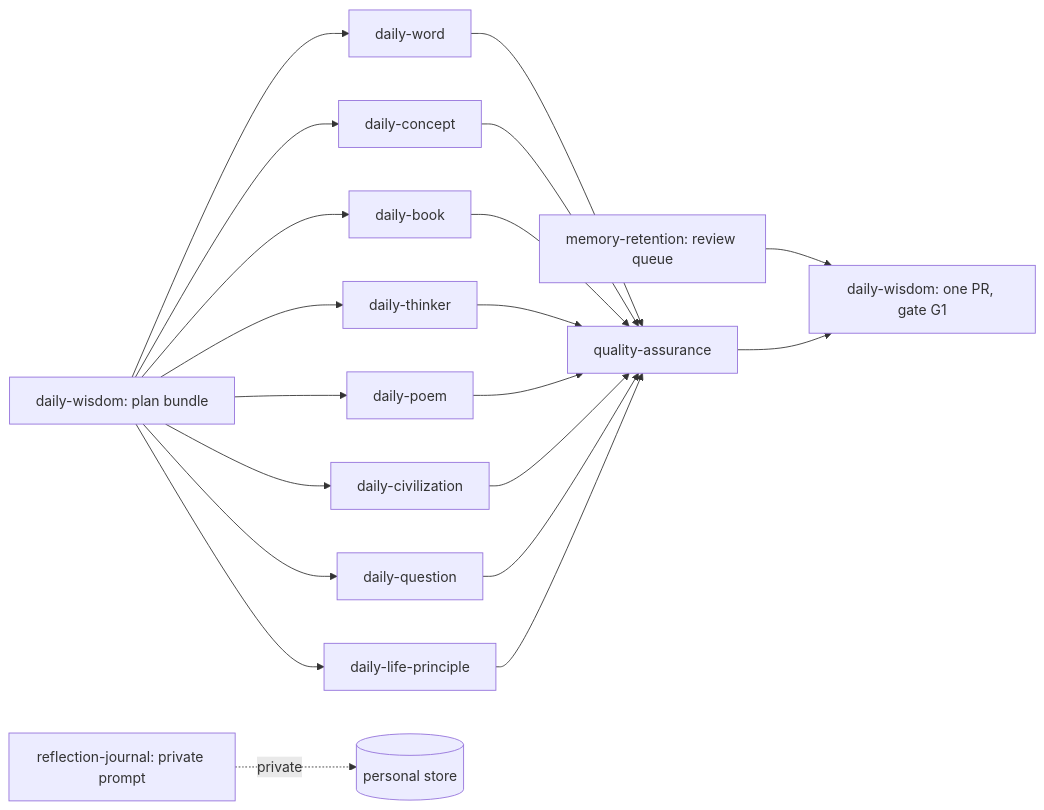
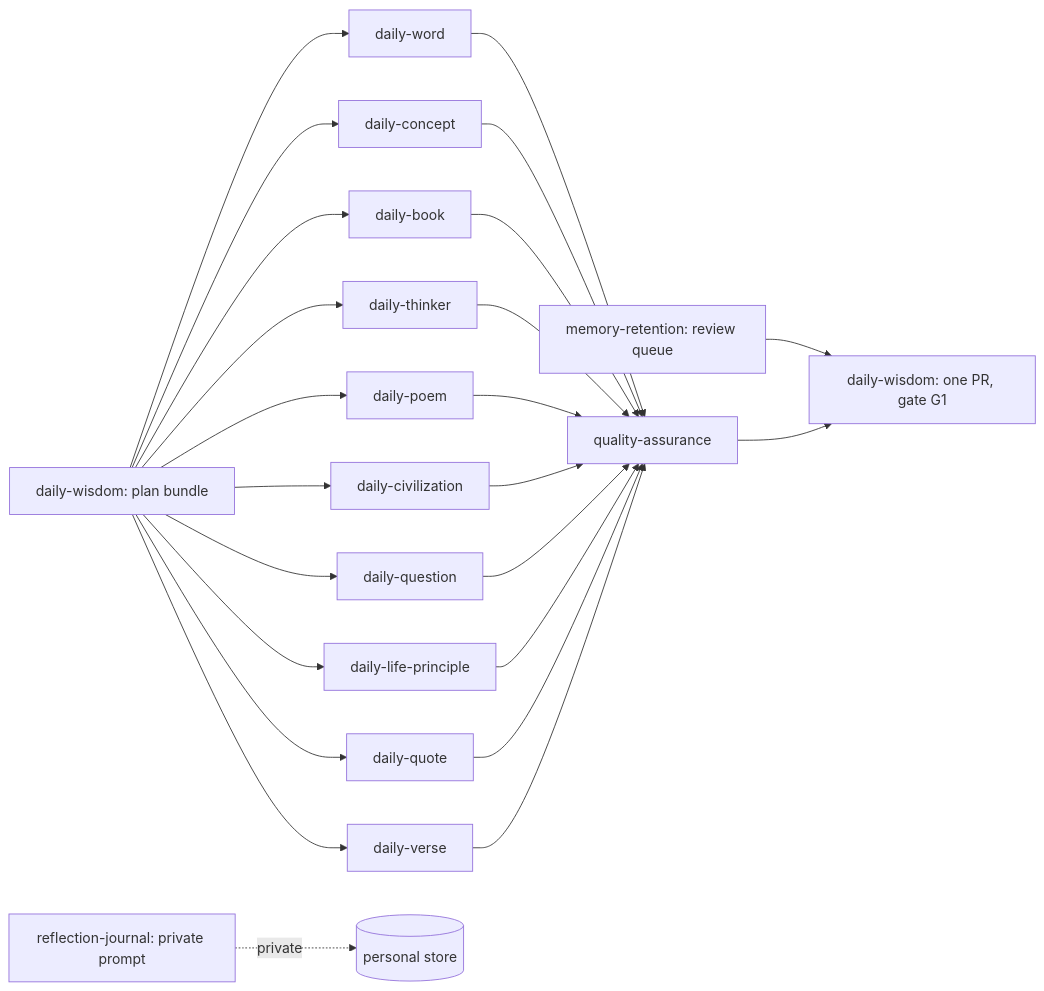
The second of 3 diagrams in docs/architecture/02-agent-registry.md (mtafseerhaider/the-bayan-library), drawn with Mermaid before and after one commit. The commit also changed other lines of this file and 20 other files, not shown here.

First line of the commit message:
Add quote and verse daily agents, pin actions, record owner decisions

````diff
--- a/docs/architecture/02-agent-registry.md
+++ b/docs/architecture/02-agent-registry.md
@@ -251,15 +253,17 @@
 ```mermaid
 flowchart LR
   DW[daily-wisdom: plan bundle] --> W[daily-word]
   DW --> C[daily-concept]
   DW --> B[daily-book]
   DW --> T[daily-thinker]
   DW --> P[daily-poem]
   DW --> V[daily-civilization]
   DW --> Q[daily-question]
   DW --> L[daily-life-principle]
-  W & C & B & T & P & V & Q & L --> QA[quality-assurance]
+  DW --> QT[daily-quote]
+  DW --> VS[daily-verse]
+  W & C & B & T & P & V & Q & L & QT & VS --> QA[quality-assurance]
   MR[memory-retention: review queue] --> PR
   RJ[reflection-journal: private prompt] -.private.-> PJ[(personal store)]
   QA --> PR[daily-wisdom: one PR, gate G1]
 ```
````
